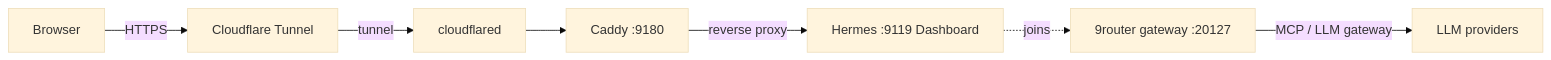
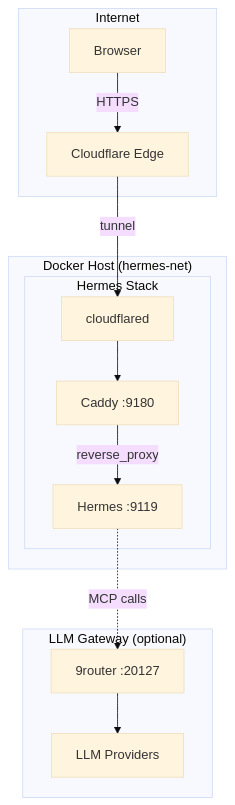
One commit to vianhanif/hermes-sandbox-deploy changed the diagram in README.md. Above: the diagram before and after it, drawn with Mermaid (base theme). The commit also changed other lines of this file, not shown here.

````diff
--- a/README.md
+++ b/README.md
@@ -9,9 +9,27 @@
 ```mermaid
-flowchart LR
-    U[Browser] -->|HTTPS| CF[Cloudflare Tunnel]
-    CF -->|tunnel| CD[cloudflared]
-    CD --> C[Caddy :9180]
-    C -->|reverse proxy| H[Hermes :9119 Dashboard]
-    H -. joins .-> R9[9router network]
-    R9[9router gateway :20127] -->|MCP / LLM gateway| LLM[LLM providers]
+flowchart TB
+    subgraph Internet
+        U[Browser]
+        CF[Cloudflare Edge]
+    end
+
+    subgraph Docker["Docker Host (hermes-net)"]
+        subgraph HermesStack["Hermes Stack"]
+            CD[cloudflared]
+            C[Caddy :9180]
+            H[Hermes :9119]
+        end
+    end
+
+    subgraph Gateway["LLM Gateway (optional)"]
+        R9[9router :20127]
+        LLM[LLM Providers]
+    end
+
+    U -->|HTTPS| CF
+    CF -->|tunnel| CD
+    CD --> C
+    C -->|reverse_proxy| H
+    H -.->|MCP calls| R9
+    R9 --> LLM
 ```
````
